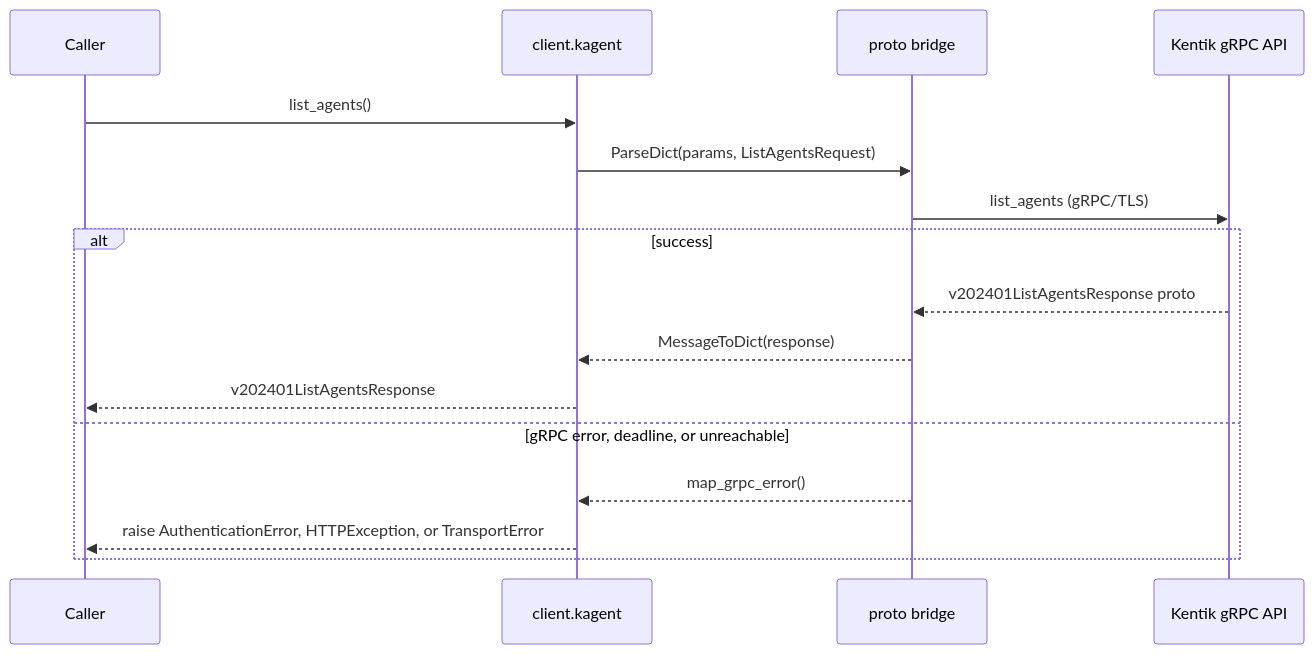
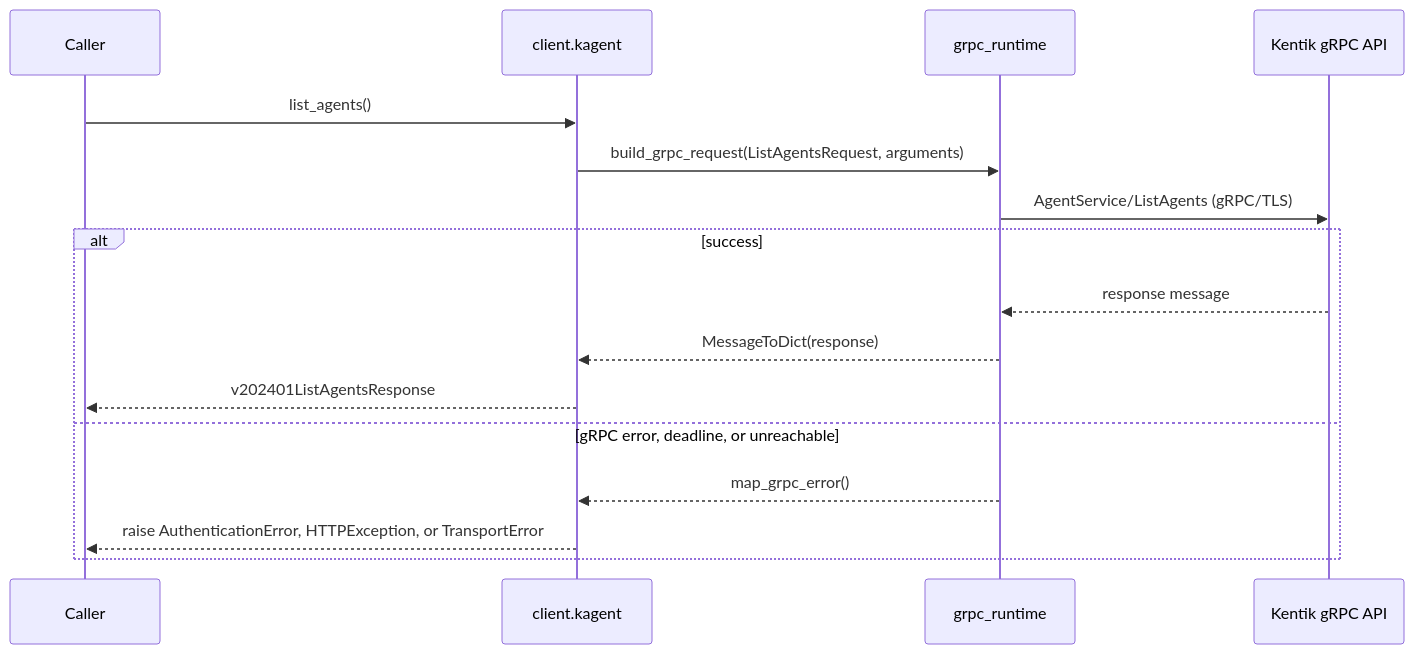
One commit to alexdearaujo/community_sdk_python changed the third of 58 diagrams in docs/sphinx/services/kagent.md. Above: the diagram before and after it, drawn with Mermaid. The commit also changed other lines of this file and 37 other files, not shown here.

First line of the commit message:
docs: show the real RPC in each service page's gRPC diagram

````diff
--- a/docs/sphinx/services/kagent.md
+++ b/docs/sphinx/services/kagent.md
@@ -61,19 +61,19 @@
 ```mermaid
 sequenceDiagram
     participant C as Caller
     participant W as client.kagent
-    participant B as proto bridge
+    participant R as grpc_runtime
     participant API as Kentik gRPC API
 
     C->>W: list_agents()
-    W->>B: ParseDict(params, ListAgentsRequest)
-    B->>API: list_agents (gRPC/TLS)
+    W->>R: build_grpc_request(ListAgentsRequest, arguments)
+    R->>API: AgentService/ListAgents (gRPC/TLS)
     alt success
-        API-->>B: v202401ListAgentsResponse proto
-        B-->>W: MessageToDict(response)
+        API-->>R: response message
+        R-->>W: MessageToDict(response)
         W-->>C: v202401ListAgentsResponse
     else gRPC error, deadline, or unreachable
-        B-->>W: map_grpc_error()
+        R-->>W: map_grpc_error()
         W-->>C: raise AuthenticationError, HTTPException, or TransportError
     end
 ```
````
